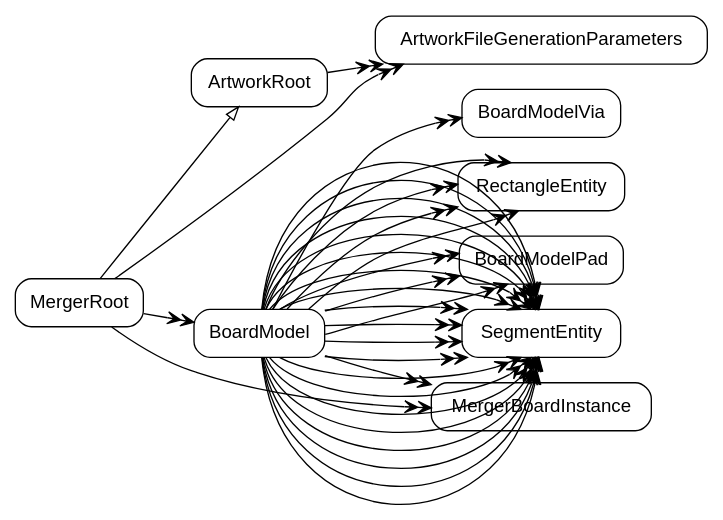
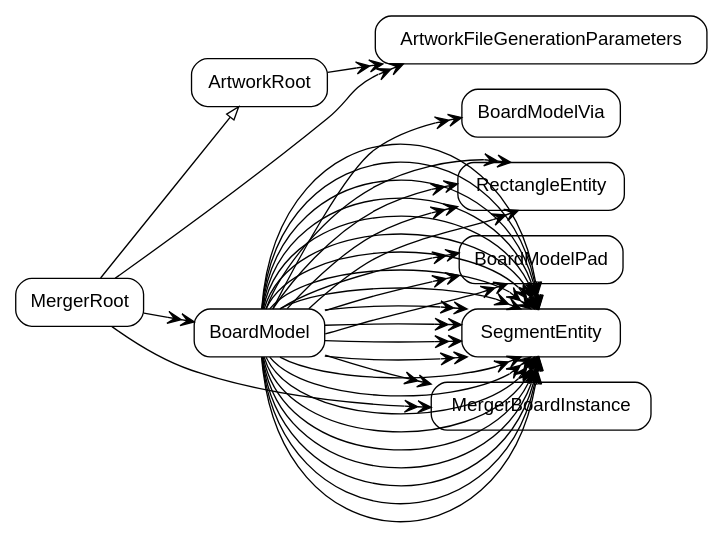
The diagram in models/strong-MergerRoot.dot (pierremolinaro/ElCanari-dev), drawn with Graphviz before and after one commit. The commit also changed 30 other files, not shown here.

```diff
--- a/models/strong-MergerRoot.dot
+++ b/models/strong-MergerRoot.dot
@@ -1,47 +1,49 @@
 digraph G {
   rankdir=LR ;
   node [shape=record fontname=helvetica style=rounded] ;
   MergerRoot ;
   ArtworkRoot ;
   ArtworkFileGenerationParameters ;
   BoardModel ;
   BoardModelVia ;
   RectangleEntity ;
   BoardModelPad ;
   SegmentEntity ;
   MergerBoardInstance ;
   MergerRoot -> MergerBoardInstance [dir=both arrowtail=none arrowhead=veevee] ;
   MergerRoot -> BoardModel [dir=both arrowtail=none arrowhead=veevee] ;
   MergerRoot -> ArtworkFileGenerationParameters [dir=both arrowtail=none arrowhead=veevee] ;
   MergerRoot -> ArtworkRoot [dir=both arrowtail=none arrowhead=onormal] ;
   ArtworkRoot -> ArtworkFileGenerationParameters [dir=both arrowtail=none arrowhead=veevee] ;
   BoardModel -> SegmentEntity [dir=both arrowtail=none arrowhead=veevee] ;
   BoardModel -> SegmentEntity [dir=both arrowtail=none arrowhead=veevee] ;
   BoardModel -> SegmentEntity [dir=both arrowtail=none arrowhead=veevee] ;
   BoardModel -> SegmentEntity [dir=both arrowtail=none arrowhead=veevee] ;
   BoardModel -> SegmentEntity [dir=both arrowtail=none arrowhead=veevee] ;
   BoardModel -> SegmentEntity [dir=both arrowtail=none arrowhead=veevee] ;
   BoardModel -> BoardModelPad [dir=both arrowtail=none arrowhead=veevee] ;
   BoardModel -> SegmentEntity [dir=both arrowtail=none arrowhead=veevee] ;
   BoardModel -> SegmentEntity [dir=both arrowtail=none arrowhead=veevee] ;
   BoardModel -> SegmentEntity [dir=both arrowtail=none arrowhead=veevee] ;
   BoardModel -> SegmentEntity [dir=both arrowtail=none arrowhead=veevee] ;
   BoardModel -> SegmentEntity [dir=both arrowtail=none arrowhead=veevee] ;
   BoardModel -> SegmentEntity [dir=both arrowtail=none arrowhead=veevee] ;
   BoardModel -> SegmentEntity [dir=both arrowtail=none arrowhead=veevee] ;
   BoardModel -> SegmentEntity [dir=both arrowtail=none arrowhead=veevee] ;
+  BoardModel -> SegmentEntity [dir=both arrowtail=none arrowhead=veevee] ;
   BoardModel -> BoardModelPad [dir=both arrowtail=none arrowhead=veevee] ;
+  BoardModel -> SegmentEntity [dir=both arrowtail=none arrowhead=veevee] ;
   BoardModel -> SegmentEntity [dir=both arrowtail=none arrowhead=veevee] ;
   BoardModel -> SegmentEntity [dir=both arrowtail=none arrowhead=veevee] ;
   BoardModel -> SegmentEntity [dir=both arrowtail=none arrowhead=veevee] ;
   BoardModel -> SegmentEntity [dir=both arrowtail=none arrowhead=veevee] ;
   BoardModel -> SegmentEntity [dir=both arrowtail=none arrowhead=veevee] ;
   BoardModel -> SegmentEntity [dir=both arrowtail=none arrowhead=veevee] ;
   BoardModel -> RectangleEntity [dir=both arrowtail=none arrowhead=veevee] ;
   BoardModel -> RectangleEntity [dir=both arrowtail=none arrowhead=veevee] ;
   BoardModel -> RectangleEntity [dir=both arrowtail=none arrowhead=veevee] ;
   BoardModel -> RectangleEntity [dir=both arrowtail=none arrowhead=veevee] ;
   BoardModel -> MergerBoardInstance [dir=both arrowtail=none arrowhead=veevee] ;
   BoardModel -> BoardModelPad [dir=both arrowtail=none arrowhead=veevee] ;
   BoardModel -> BoardModelVia [dir=both arrowtail=none arrowhead=veevee] ;
 }
```
